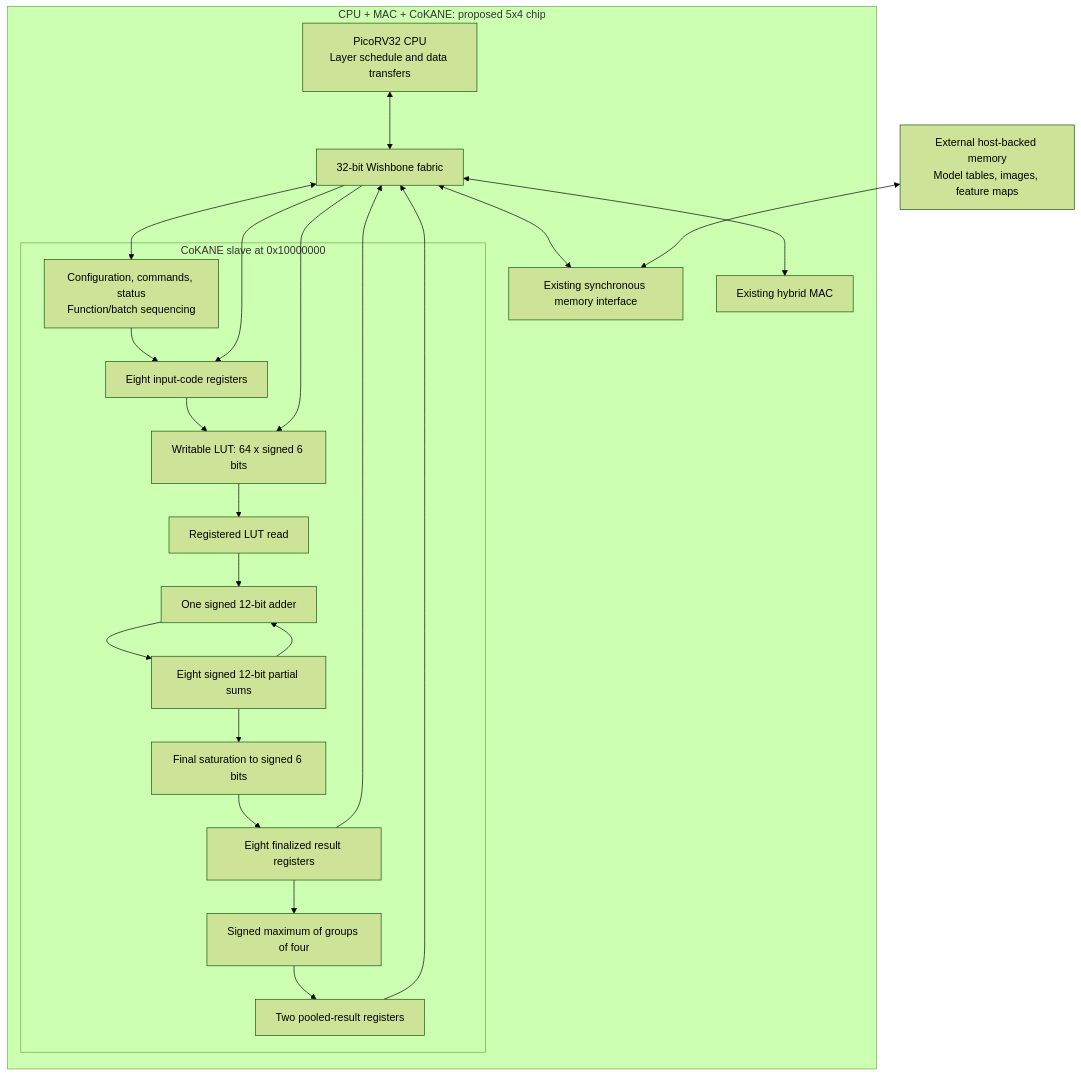
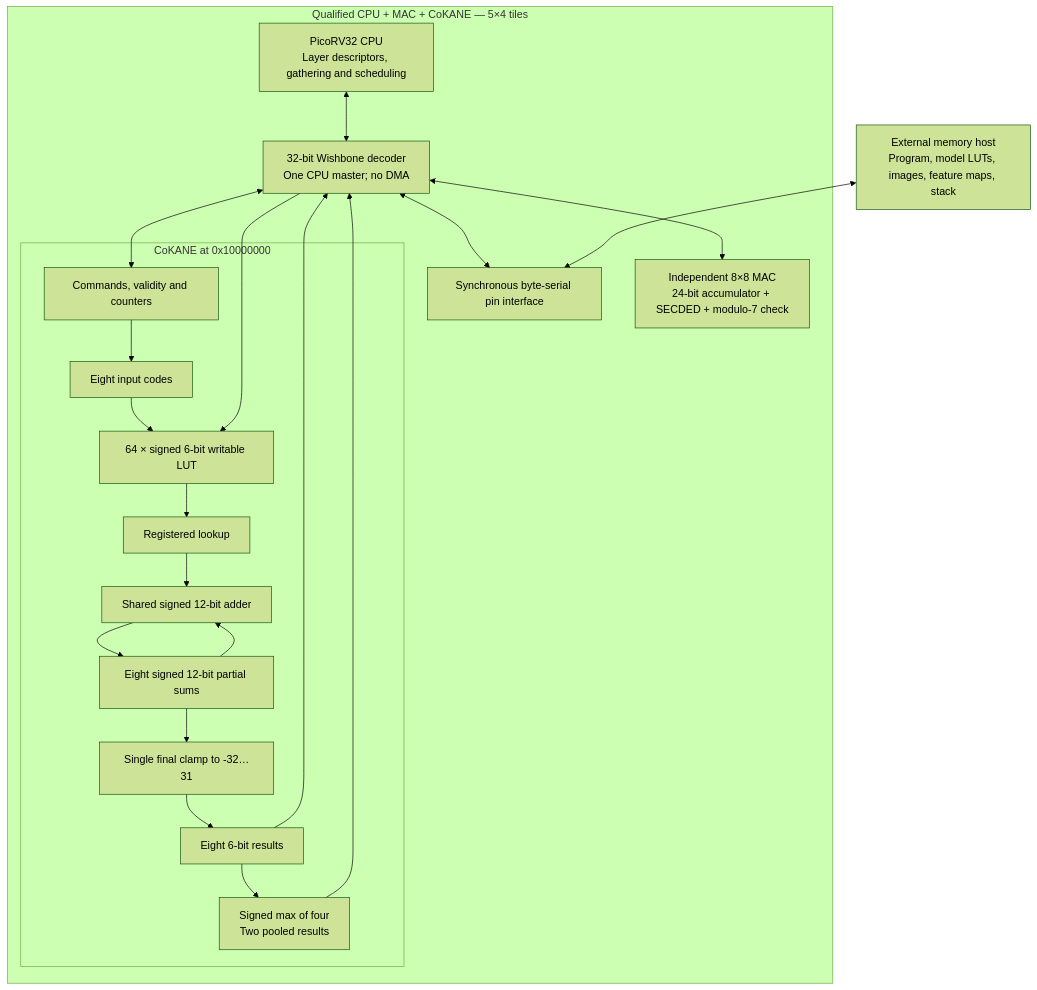
One commit to Shreyas-C-11/CoKANE-NPU-sky130 changed the diagram in NPU_Specs.md. Above: the diagram before and after it, drawn with Mermaid (forest theme). The commit also changed other lines of this file and 8 other files, not shown here.

````diff
--- a/NPU_Specs.md
+++ b/NPU_Specs.md
@@ -32,34 +24,38 @@
 ```mermaid
 flowchart TB
-  EXT["External host-backed memory\nModel tables, images, feature maps"]
-  subgraph CHIP["CPU + MAC + CoKANE: proposed 5x4 chip"]
-    MEM["Existing synchronous memory interface"]
-    CPU["PicoRV32 CPU\nLayer schedule and data transfers"]
-    WB["32-bit Wishbone fabric"]
-    MAC["Existing hybrid MAC"]
-    subgraph CK["CoKANE slave at 0x10000000"]
-      CTRL["Configuration, commands, status\nFunction/batch sequencing"]
-      LUT["Writable LUT: 64 x signed 6 bits"]
-      INPUT["Eight input-code registers"]
-      RD["Registered LUT read"]
-      ADD["One signed 12-bit adder"]
+  HOST["External memory host
+Program, model LUTs, images, feature maps, stack"]
+  subgraph CHIP["Qualified CPU + MAC + CoKANE — 5×4 tiles"]
+    PORT["Synchronous byte-serial pin interface"]
+    CPU["PicoRV32 CPU
+Layer descriptors, gathering and scheduling"]
+    BUS["32-bit Wishbone decoder
+One CPU master; no DMA"]
+    MAC["Independent 8×8 MAC
+24-bit accumulator + SECDED + modulo-7 check"]
+    subgraph CK["CoKANE at 0x10000000"]
+      CTRL["Commands, validity and counters"]
+      IN["Eight input codes"]
+      LUT["64 × signed 6-bit writable LUT"]
+      RD["Registered lookup"]
+      ADD["Shared signed 12-bit adder"]
       PS["Eight signed 12-bit partial sums"]
-      SAT["Final saturation to signed 6 bits"]
-      RESULT["Eight finalized result registers"]
-      POOL["Signed maximum of groups of four"]
-      OUT["Two pooled-result registers"]
-      CTRL --> INPUT --> LUT --> RD --> ADD
+      SAT["Single final clamp to -32…31"]
+      RES["Eight 6-bit results"]
+      POOL["Signed max of four
+Two pooled results"]
+      IN --> LUT --> RD --> ADD
       PS --> ADD --> PS
-      PS --> SAT --> RESULT --> POOL --> OUT
+      PS --> SAT --> RES --> POOL
+      CTRL --> IN
     end
-    CPU <--> WB
-    WB <--> MEM
-    WB <--> MAC
-    WB <--> CTRL
-    WB --> LUT
-    WB --> INPUT
-    RESULT --> WB
-    OUT --> WB
+    CPU <--> BUS
+    BUS <--> PORT
+    BUS <--> MAC
+    BUS <--> CTRL
+    BUS --> LUT
+    RES --> BUS
+    POOL --> BUS
   end
-  EXT <--> MEM
+  HOST <--> PORT
 ```
````
